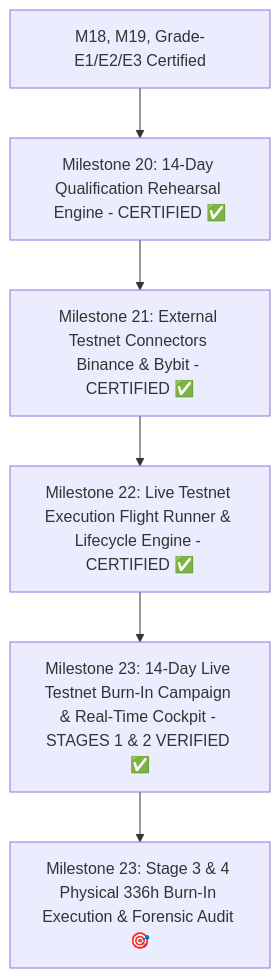
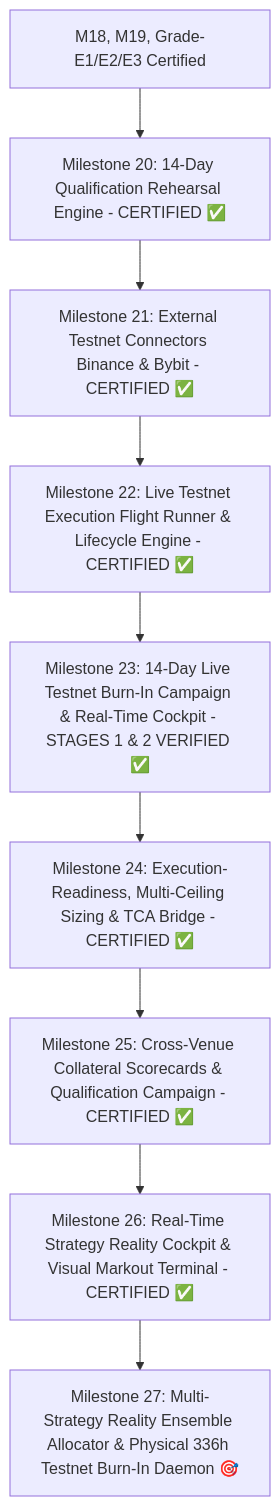
One commit to cloudshome/CBT changed the diagram in Users/azims/CBT/docs/NEXT_SESSION_PLAN.md. Above: the diagram before and after it, drawn with Mermaid. The commit also changed other lines of this file and 5 other files, not shown here.

Commit message:
fix(strategy_gateway): resolve DeploymentStage fallback bug, asyncio task GC risk, and reconcile roadmap documentation (11 passing tests)

````diff
--- a/Users/azims/CBT/docs/NEXT_SESSION_PLAN.md
+++ b/Users/azims/CBT/docs/NEXT_SESSION_PLAN.md
@@ -58,8 +58,11 @@
 ```mermaid
 flowchart TD
     A[M18, M19, Grade-E1/E2/E3 Certified] --> B[Milestone 20: 14-Day Qualification Rehearsal Engine - CERTIFIED ✅]
     B --> C[Milestone 21: External Testnet Connectors Binance & Bybit - CERTIFIED ✅]
     C --> D[Milestone 22: Live Testnet Execution Flight Runner & Lifecycle Engine - CERTIFIED ✅]
     D --> E[Milestone 23: 14-Day Live Testnet Burn-In Campaign & Real-Time Cockpit - STAGES 1 & 2 VERIFIED ✅]
-    E --> F[Milestone 23: Stage 3 & 4 Physical 336h Burn-In Execution & Forensic Audit 🎯]
+    E --> F[Milestone 24: Execution-Readiness, Multi-Ceiling Sizing & TCA Bridge - CERTIFIED ✅]
+    F --> G[Milestone 25: Cross-Venue Collateral Scorecards & Qualification Campaign - CERTIFIED ✅]
+    G --> H[Milestone 26: Real-Time Strategy Reality Cockpit & Visual Markout Terminal - CERTIFIED ✅]
+    H --> I[Milestone 27: Multi-Strategy Reality Ensemble Allocator & Physical 336h Testnet Burn-In Daemon 🎯]
 ```
````
